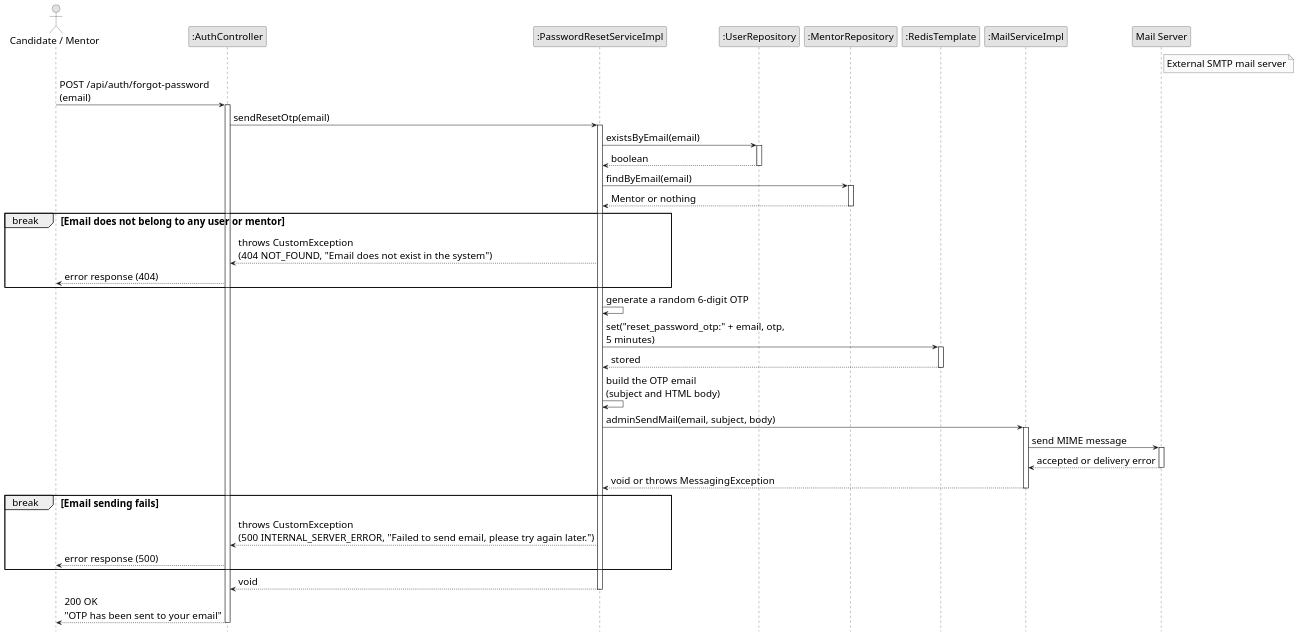
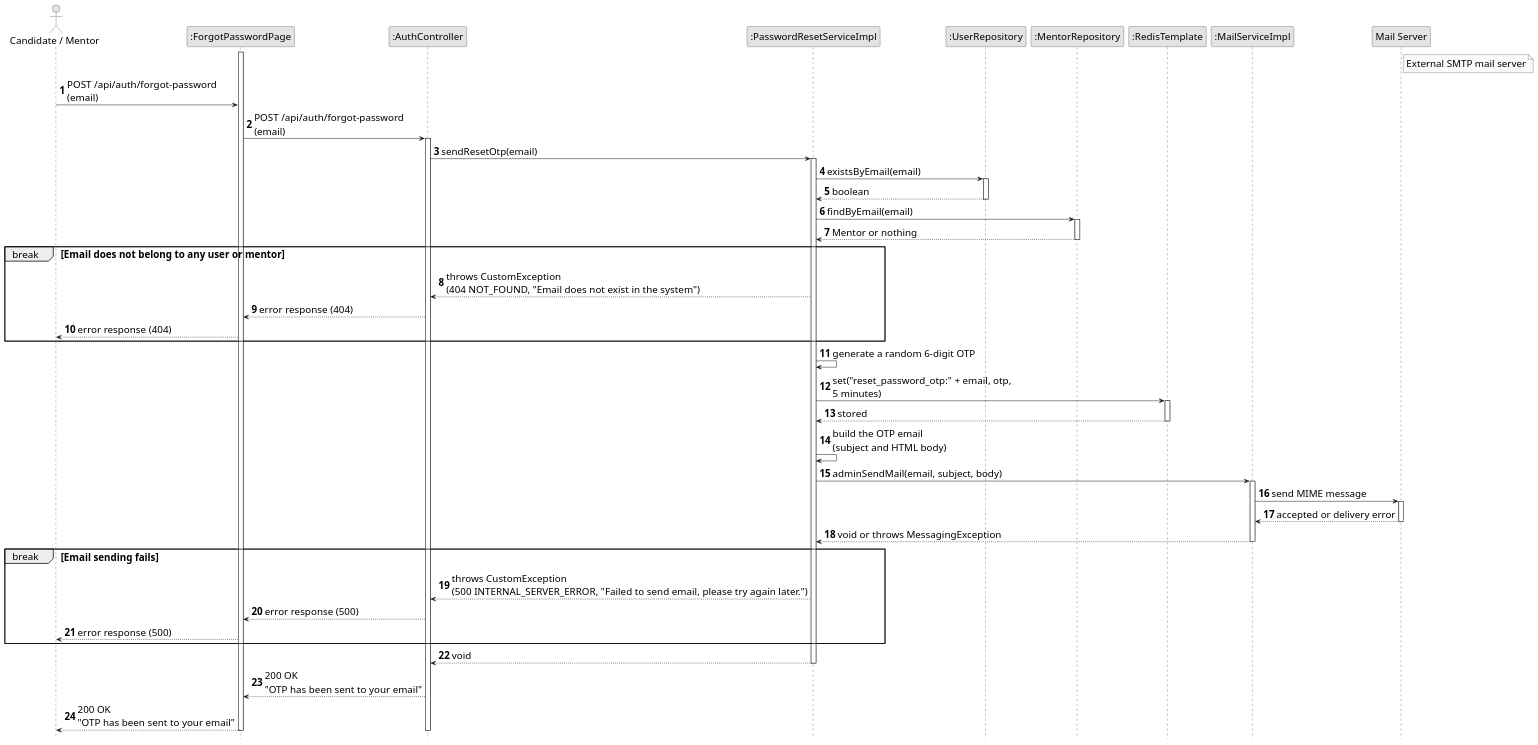
The diagram in diagram/sequence/sequence-3.1.2.3(1).puml (Kdz198/Inblue), drawn with PlantUML before and after one commit. The commit also changed 35 other files, not shown here.

Commit message:
feat: update sequence diagrams to include client interactions and improve clarity

```diff
--- a/diagram/sequence/sequence-3.1.2.3(1).puml
+++ b/diagram/sequence/sequence-3.1.2.3(1).puml
@@ -1,89 +1,100 @@
 @startuml SendPasswordResetOtp
 skinparam monochrome true
 skinparam shadowing false
 skinparam defaultFontSize 20
 
 ' Do not repeat participant boxes at the bottom of the diagram
 hide footbox
 
 <style>
 sequenceDiagram {
   groupHeader {
     FontStyle plain
   }
 }
 </style>
 
+autonumber
+
 actor "Candidate / Mentor" as User
+participant ":ForgotPasswordPage" as Client
 participant ":AuthController" as Controller
 participant ":PasswordResetServiceImpl" as Service
 participant ":UserRepository" as UserRepo
 participant ":MentorRepository" as MentorRepo
 participant ":RedisTemplate" as Redis
 participant ":MailServiceImpl" as MailService
 participant "Mail Server" as MailServer
 
 note right of MailServer
   External SMTP mail server
 end note
 
 ' ===================== Request the OTP =====================
 
-User -> Controller : POST /api/auth/forgot-password\n(email)
+activate Client
+
+User -> Client : POST /api/auth/forgot-password\n(email)
+Client -> Controller : POST /api/auth/forgot-password\n(email)
 activate Controller
 
 Controller -> Service : sendResetOtp(email)
 activate Service
 
 ' ===================== Check that the email belongs to an account =====================
 
 Service -> UserRepo : existsByEmail(email)
 activate UserRepo
 UserRepo --> Service : boolean
 deactivate UserRepo
 
 Service -> MentorRepo : findByEmail(email)
 activate MentorRepo
 MentorRepo --> Service : Mentor or nothing
 deactivate MentorRepo
 
 break Email does not belong to any user or mentor
     Service --> Controller : throws CustomException\n(404 NOT_FOUND, "Email does not exist in the system")
-    Controller --> User : error response (404)
+    Controller --> Client : error response (404)
+    Client --> User : error response (404)
 end
 
 ' ===================== Generate and store the OTP =====================
 
 Service -> Service : generate a random 6-digit OTP
 
 Service -> Redis : set("reset_password_otp:" + email, otp,\n5 minutes)
 activate Redis
 Redis --> Service : stored
 deactivate Redis
 
 ' ===================== Send the OTP by email =====================
 
 Service -> Service : build the OTP email\n(subject and HTML body)
 
 Service -> MailService : adminSendMail(email, subject, body)
 activate MailService
 MailService -> MailServer : send MIME message
 activate MailServer
 
 MailServer --> MailService : accepted or delivery error
 deactivate MailServer
 MailService --> Service : void or throws MessagingException
 deactivate MailService
 
 break Email sending fails
     Service --> Controller : throws CustomException\n(500 INTERNAL_SERVER_ERROR, "Failed to send email, please try again later.")
-    Controller --> User : error response (500)
+    Controller --> Client : error response (500)
+    Client --> User : error response (500)
 end
 
 Service --> Controller : void
 deactivate Service
 
-Controller --> User : 200 OK\n"OTP has been sent to your email"
+Controller --> Client : 200 OK\n"OTP has been sent to your email"
+Client --> User : 200 OK\n"OTP has been sent to your email"
 deactivate Controller
 
+deactivate Client
+
 @enduml
```
